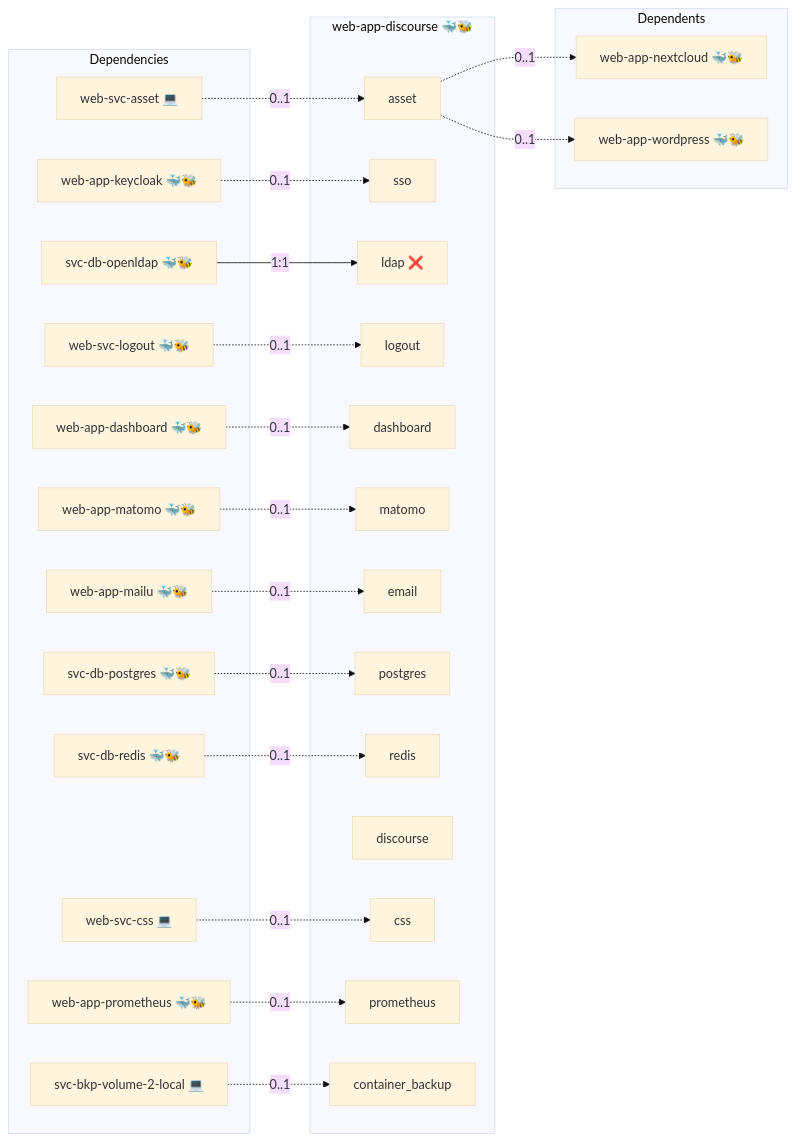
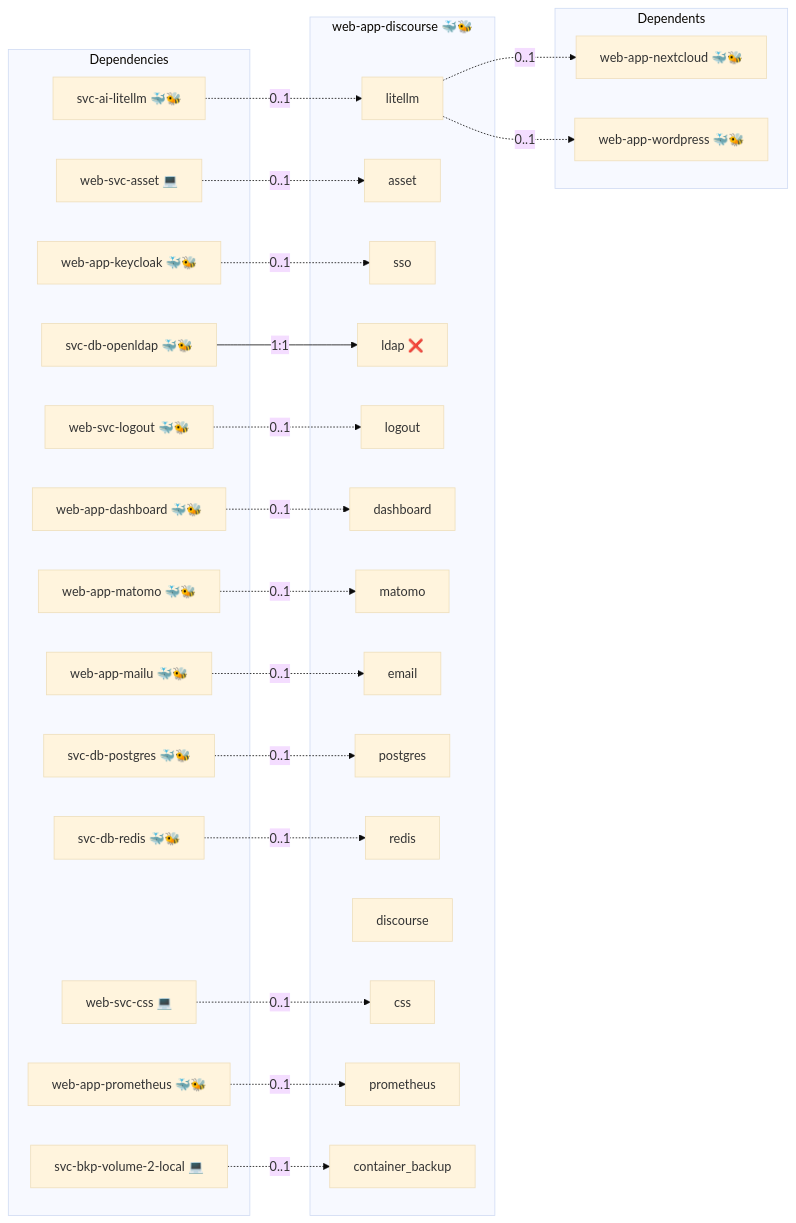
The diagram in roles/web-app-discourse/README.md (infinito-nexus/core), drawn with Mermaid (base theme) before and after one commit. The commit also changed 13 other files, not shown here.

````diff
--- a/roles/web-app-discourse/README.md
+++ b/roles/web-app-discourse/README.md
@@ -15,50 +15,53 @@
 ```mermaid
 flowchart LR
     subgraph deps [Dependencies]
+        dep_svc_ai_litellm["svc-ai-litellm 🐳🐝"]
         dep_svc_bkp_volume_2_local["svc-bkp-volume-2-local 💻"]
         dep_svc_db_openldap["svc-db-openldap 🐳🐝"]
         dep_svc_db_postgres["svc-db-postgres 🐳🐝"]
         dep_svc_db_redis["svc-db-redis 🐳🐝"]
         dep_web_app_dashboard["web-app-dashboard 🐳🐝"]
         dep_web_app_keycloak["web-app-keycloak 🐳🐝"]
         dep_web_app_mailu["web-app-mailu 🐳🐝"]
         dep_web_app_matomo["web-app-matomo 🐳🐝"]
         dep_web_app_prometheus["web-app-prometheus 🐳🐝"]
         dep_web_svc_asset["web-svc-asset 💻"]
         dep_web_svc_css["web-svc-css 💻"]
         dep_web_svc_logout["web-svc-logout 🐳🐝"]
     end
     subgraph role [web-app-discourse 🐳🐝]
+        svc_litellm["litellm"]
         svc_asset["asset"]
         svc_sso["sso"]
         svc_ldap["ldap ❌"]
         svc_logout["logout"]
         svc_dashboard["dashboard"]
         svc_matomo["matomo"]
         svc_email["email"]
         svc_postgres["postgres"]
         svc_redis["redis"]
         svc_discourse["discourse"]
         svc_css["css"]
         svc_prometheus["prometheus"]
         svc_container_backup["container_backup"]
     end
     subgraph dependents [Dependents]
         dpt_web_app_nextcloud["web-app-nextcloud 🐳🐝"]
         dpt_web_app_wordpress["web-app-wordpress 🐳🐝"]
     end
+    dep_svc_ai_litellm -. "0..1" .-> svc_litellm
     dep_svc_bkp_volume_2_local -. "0..1" .-> svc_container_backup
     dep_svc_db_openldap -- "1:1" --> svc_ldap
     dep_svc_db_postgres -. "0..1" .-> svc_postgres
     dep_svc_db_redis -. "0..1" .-> svc_redis
     dep_web_app_dashboard -. "0..1" .-> svc_dashboard
     dep_web_app_keycloak -. "0..1" .-> svc_sso
     dep_web_app_mailu -. "0..1" .-> svc_email
     dep_web_app_matomo -. "0..1" .-> svc_matomo
     dep_web_app_prometheus -. "0..1" .-> svc_prometheus
     dep_web_svc_asset -. "0..1" .-> svc_asset
     dep_web_svc_css -. "0..1" .-> svc_css
     dep_web_svc_logout -. "0..1" .-> svc_logout
-    svc_asset -. "0..1" .-> dpt_web_app_nextcloud
-    svc_asset -. "0..1" .-> dpt_web_app_wordpress
+    svc_litellm -. "0..1" .-> dpt_web_app_nextcloud
+    svc_litellm -. "0..1" .-> dpt_web_app_wordpress
 ```
````
